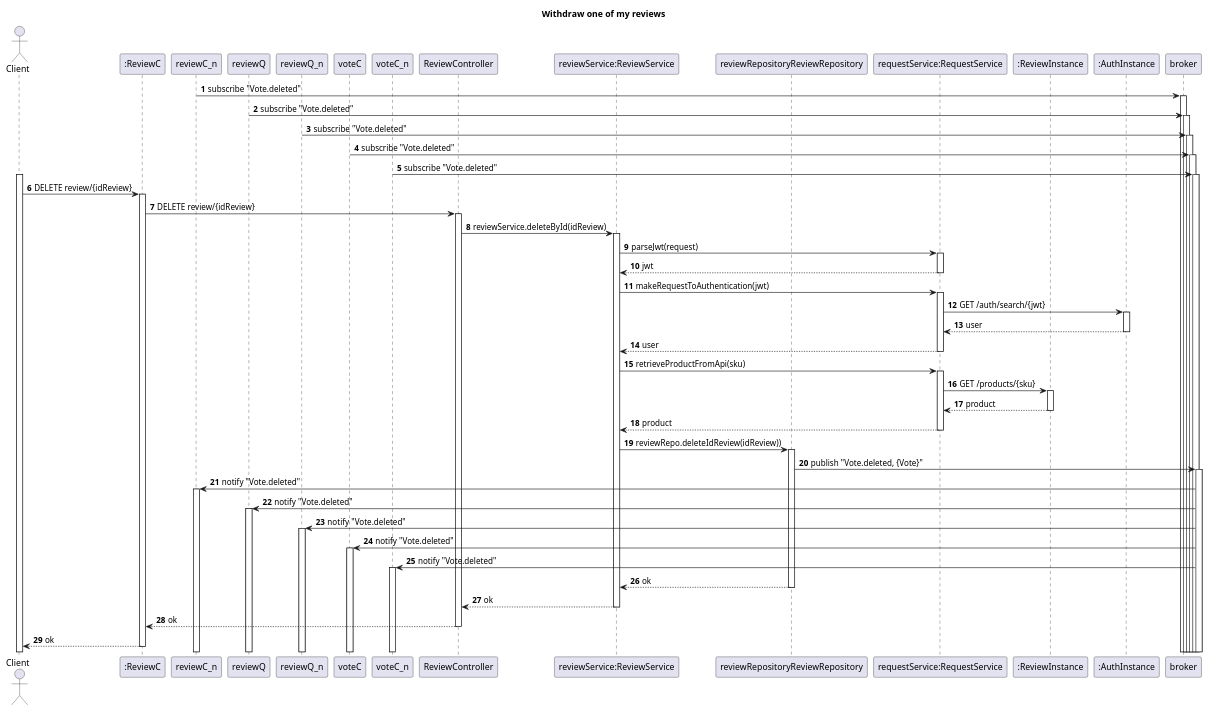
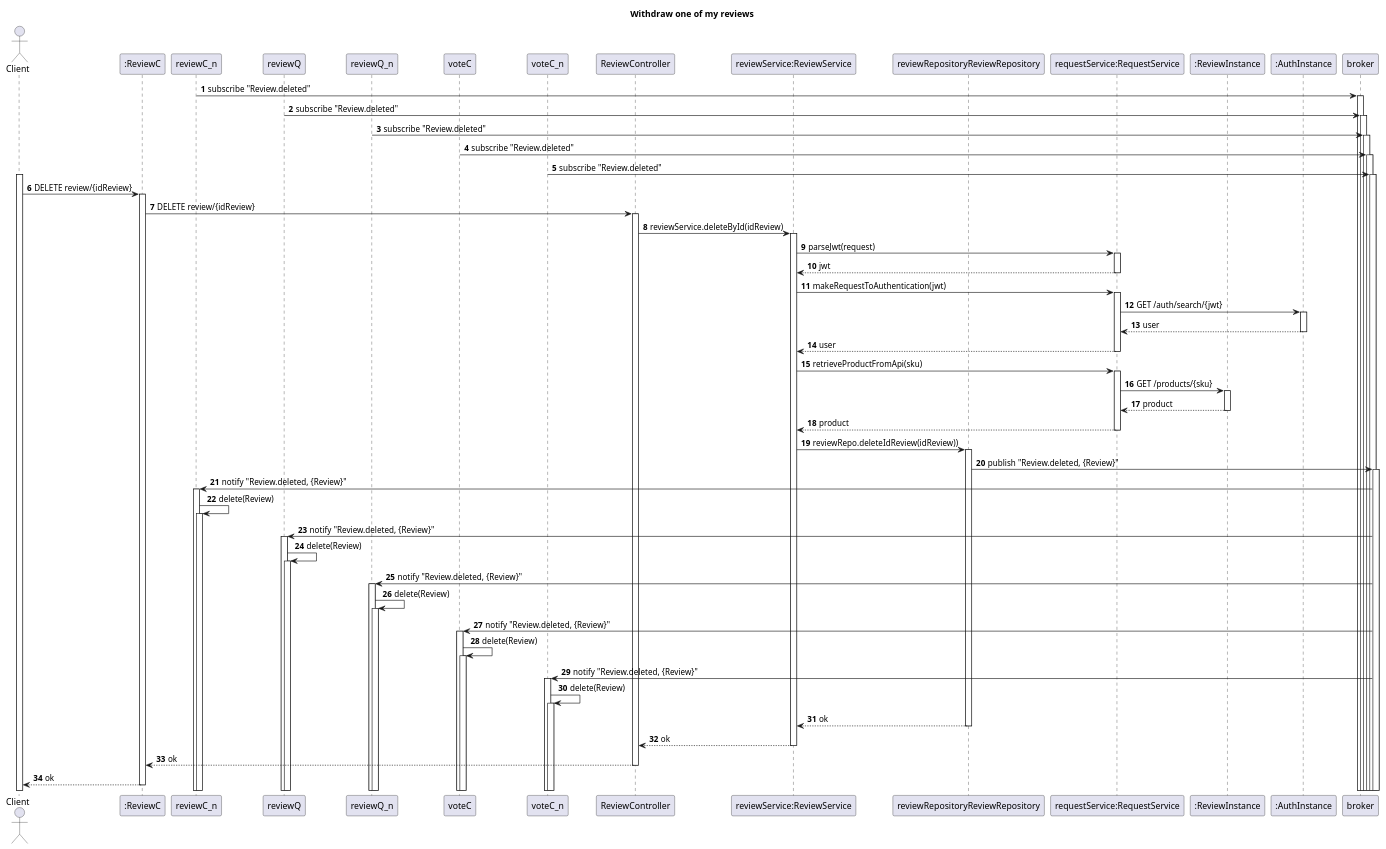
Before and after one commit to TiagoNora/SIDIS-Docs: the diagram in Docs/US07-SD.puml, drawn with PlantUML. The commit also changed 1 other file, not shown here.

```diff
--- a/Docs/US07-SD.puml
+++ b/Docs/US07-SD.puml
@@ -1,72 +1,77 @@
 @startuml
 'https://plantuml.com/sequence-diagram
 
 title Withdraw one of my reviews
 autoactivate on
 autonumber
 
 
 
 
 actor "Client" as User
 
 
 
-reviewC_n -> broker: subscribe "Vote.deleted"
-reviewQ -> broker: subscribe "Vote.deleted"
-reviewQ_n -> broker: subscribe "Vote.deleted"
-voteC -> broker: subscribe "Vote.deleted"
-voteC_n -> broker: subscribe "Vote.deleted"
+reviewC_n -> broker: subscribe "Review.deleted"
+reviewQ -> broker: subscribe "Review.deleted"
+reviewQ_n -> broker: subscribe "Review.deleted"
+voteC -> broker: subscribe "Review.deleted"
+voteC_n -> broker: subscribe "Review.deleted"
 
 participant ":ReviewC" as reviewC
 participant ":ReviewC_n" as reviewC_n
 participant ":ReviewQ" as reviewQ
 participant ":ReviewQ_n" as reviewQ_n
 participant ":VoteC" as voteC
 participant ":VoteC_n" as voteC_n
 
 participant "ReviewController" as Ctrl
 participant "reviewService:ReviewService" as service
 participant "reviewRepositoryReviewRepository" as repo
 participant "requestService:RequestService" as request
 participant ":ReviewInstance" as instance
 participant ":AuthInstance" as instanceAuth
 
 participant ":MessageBroker" as broker
 
 
 
 
 activate User
 User -> reviewC : DELETE review/{idReview}
 reviewC -> Ctrl: DELETE review/{idReview}
 Ctrl -> service : reviewService.deleteById(idReview)
 
 service -> request : parseJwt(request)
 request --> service: jwt
 service -> request: makeRequestToAuthentication(jwt)
 request -> instanceAuth: GET /auth/search/{jwt}
 instanceAuth --> request: user
 request --> service: user
 
 service -> request:retrieveProductFromApi(sku)
 request -> instance: GET /products/{sku}
 instance --> request: product
 request --> service: product
 service -> repo: reviewRepo.deleteIdReview(idReview))
-repo -> broker: publish "Vote.deleted, {Vote}"
+repo -> broker: publish "Review.deleted, {Review}"
 
-reviewC_n <- broker: notify "Vote.deleted"
-reviewQ <- broker: notify "Vote.deleted"
-reviewQ_n <- broker: notify "Vote.deleted"
-voteC <- broker: notify "Vote.deleted"
-voteC_n <- broker: notify "Vote.deleted"
+reviewC_n <- broker: notify "Review.deleted, {Review}"
+reviewC_n -> reviewC_n: delete(Review)
+reviewQ <- broker: notify "Review.deleted, {Review}"
+reviewQ -> reviewQ: delete(Review)
+reviewQ_n <- broker: notify "Review.deleted, {Review}"
+reviewQ_n -> reviewQ_n: delete(Review)
+voteC <- broker: notify "Review.deleted, {Review}"
+voteC -> voteC: delete(Review)
+voteC_n <- broker: notify "Review.deleted, {Review}"
+voteC_n -> voteC_n: delete(Review)
 
 repo --> service: ok
 service --> Ctrl: ok
 Ctrl --> reviewC: ok
 reviewC --> User: ok
 
 
 
 @enduml
```
